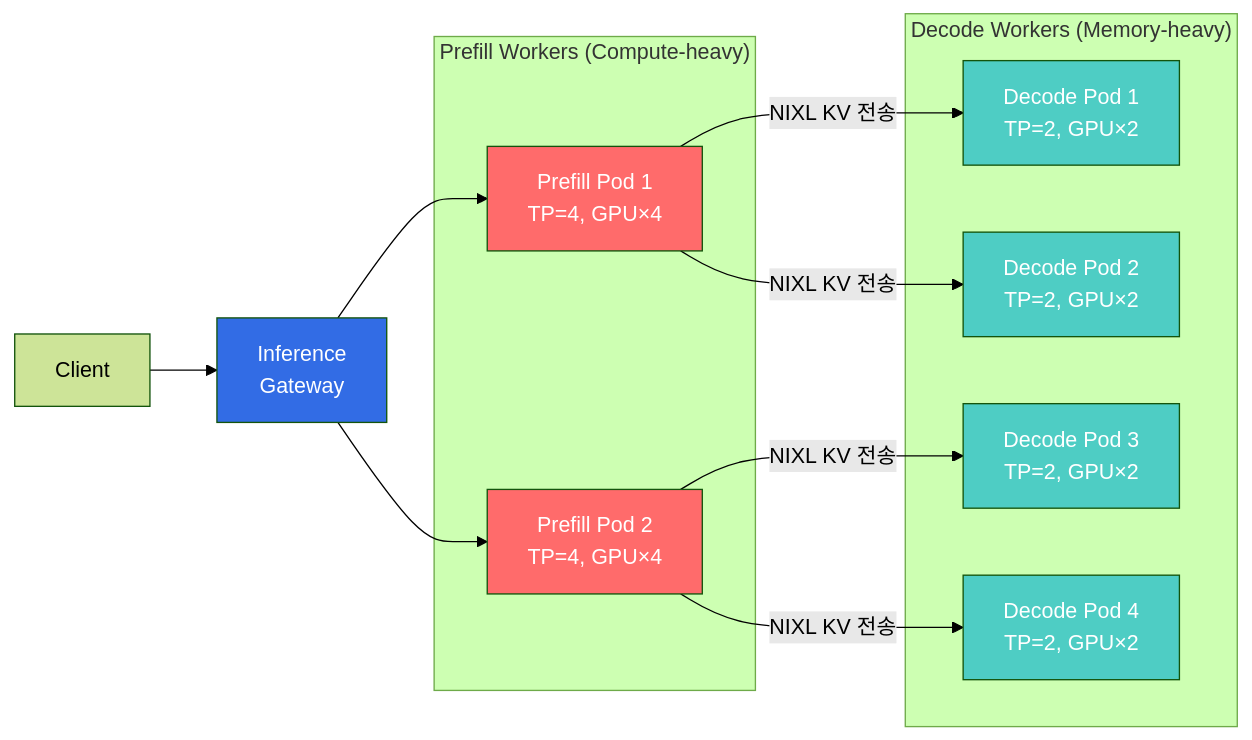
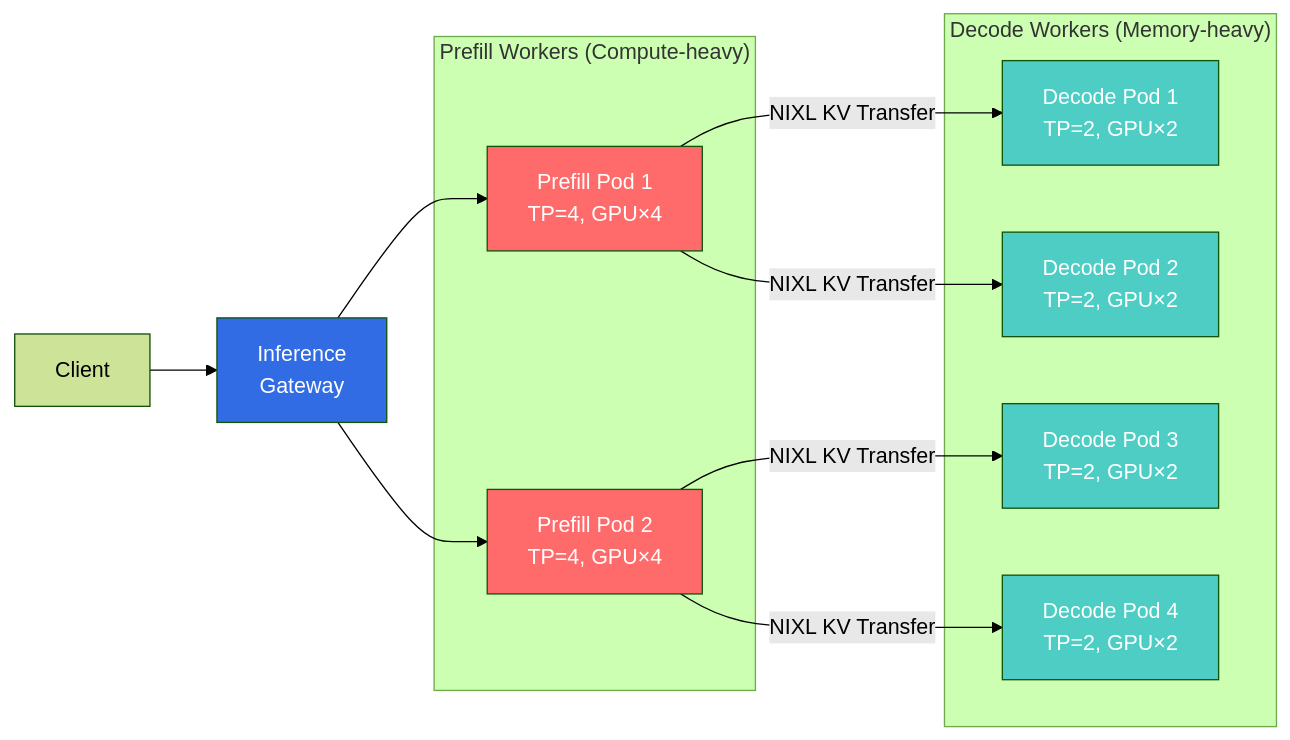
Before and after one commit to devfloor9/engineering-playbook: the first of 2 diagrams in i18n/en/docusaurus-plugin-content-docs/current/agentic-ai-platform/model-serving/inference-optimization/disaggregated-serving.md, drawn with Mermaid (forest theme). The commit also changed other lines of this file and 72 other files, not shown here.

````diff
--- a/i18n/en/docusaurus-plugin-content-docs/current/agentic-ai-platform/model-serving/inference-optimization/disaggregated-serving.md
+++ b/i18n/en/docusaurus-plugin-content-docs/current/agentic-ai-platform/model-serving/inference-optimization/disaggregated-serving.md
@@ -41,31 +41,31 @@
 ```mermaid
 flowchart LR
     C[Client] --> GW[Inference<br/>Gateway]
 
     subgraph Prefill["Prefill Workers (Compute-heavy)"]
         PF1[Prefill Pod 1<br/>TP=4, GPU×4]
         PF2[Prefill Pod 2<br/>TP=4, GPU×4]
     end
 
     subgraph Decode["Decode Workers (Memory-heavy)"]
         DC1[Decode Pod 1<br/>TP=2, GPU×2]
         DC2[Decode Pod 2<br/>TP=2, GPU×2]
         DC3[Decode Pod 3<br/>TP=2, GPU×2]
         DC4[Decode Pod 4<br/>TP=2, GPU×2]
     end
 
     GW --> PF1
     GW --> PF2
-    PF1 -->|"NIXL KV 전송"| DC1
-    PF1 -->|"NIXL KV 전송"| DC2
-    PF2 -->|"NIXL KV 전송"| DC3
-    PF2 -->|"NIXL KV 전송"| DC4
+    PF1 -->|"NIXL KV Transfer"| DC1
+    PF1 -->|"NIXL KV Transfer"| DC2
+    PF2 -->|"NIXL KV Transfer"| DC3
+    PF2 -->|"NIXL KV Transfer"| DC4
 
     style GW fill:#326ce5,color:#fff
     style PF1 fill:#ff6b6b,color:#fff
     style PF2 fill:#ff6b6b,color:#fff
     style DC1 fill:#4ecdc4,color:#fff
     style DC2 fill:#4ecdc4,color:#fff
     style DC3 fill:#4ecdc4,color:#fff
     style DC4 fill:#4ecdc4,color:#fff
 ```
````
